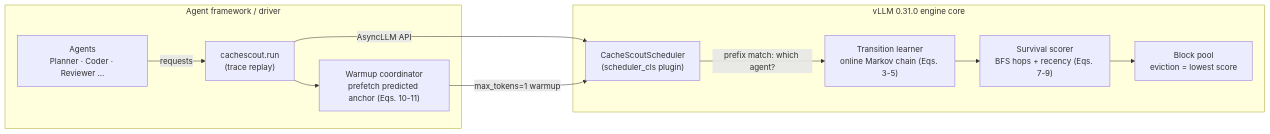
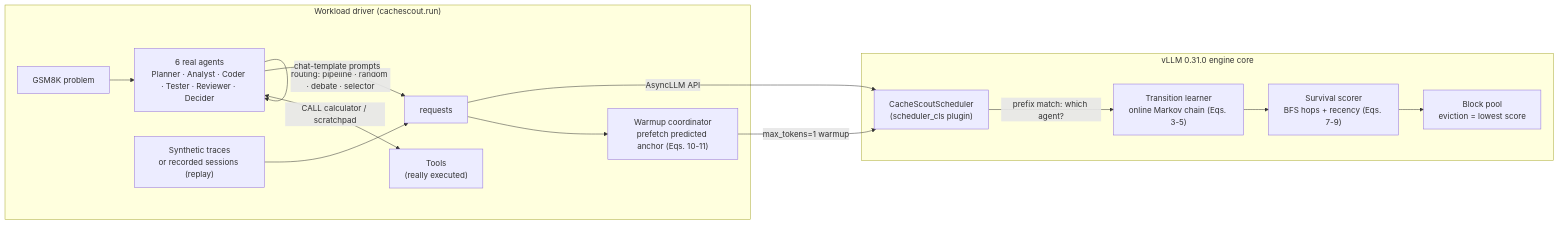
One commit to MostafaaElhadidy/Agentic-KV-Cache-Management changed the diagram in README.md. Above: the diagram before and after it, drawn with Mermaid. The commit also changed other lines of this file and 371 other files, not shown here.

First line of the commit message:
Real multi-agent campaign: 72 replay + 72 live runs, REPORT_REAL_AGENTS.md, README update

````diff
--- a/README.md
+++ b/README.md
@@ -55,16 +66,21 @@
 ```mermaid
 flowchart LR
-    subgraph Client["Agent framework / driver"]
-        A["Agents<br/>Planner · Coder · Reviewer ..."] -->|"requests"| R["cachescout.run<br/>(trace replay)"]
+    subgraph Client["Workload driver (cachescout.run)"]
+        G["GSM8K problem"] --> A["6 real agents<br/>Planner · Analyst · Coder · Tester · Reviewer · Decider"]
+        A <-->|"CALL calculator / scratchpad"| TL["Tools<br/>(really executed)"]
+        A -->|"routing: pipeline · random · debate · selector"| A
+        X["Synthetic traces<br/>or recorded sessions (replay)"]
+        A -->|"chat-template prompts"| R["requests"]
+        X --> R
         R --> W["Warmup coordinator<br/>prefetch predicted anchor (Eqs. 10-11)"]
     end
     subgraph Engine["vLLM 0.31.0 engine core"]
         S["CacheScoutScheduler<br/>(scheduler_cls plugin)"]
         T["Transition learner<br/>online Markov chain (Eqs. 3-5)"]
         V["Survival scorer<br/>BFS hops + recency (Eqs. 7-9)"]
         P["Block pool<br/>eviction = lowest score"]
         S -->|"prefix match: which agent?"| T --> V --> P
     end
     R -->|"AsyncLLM API"| S
     W -->|"max_tokens=1 warmup"| S
 ```
````
